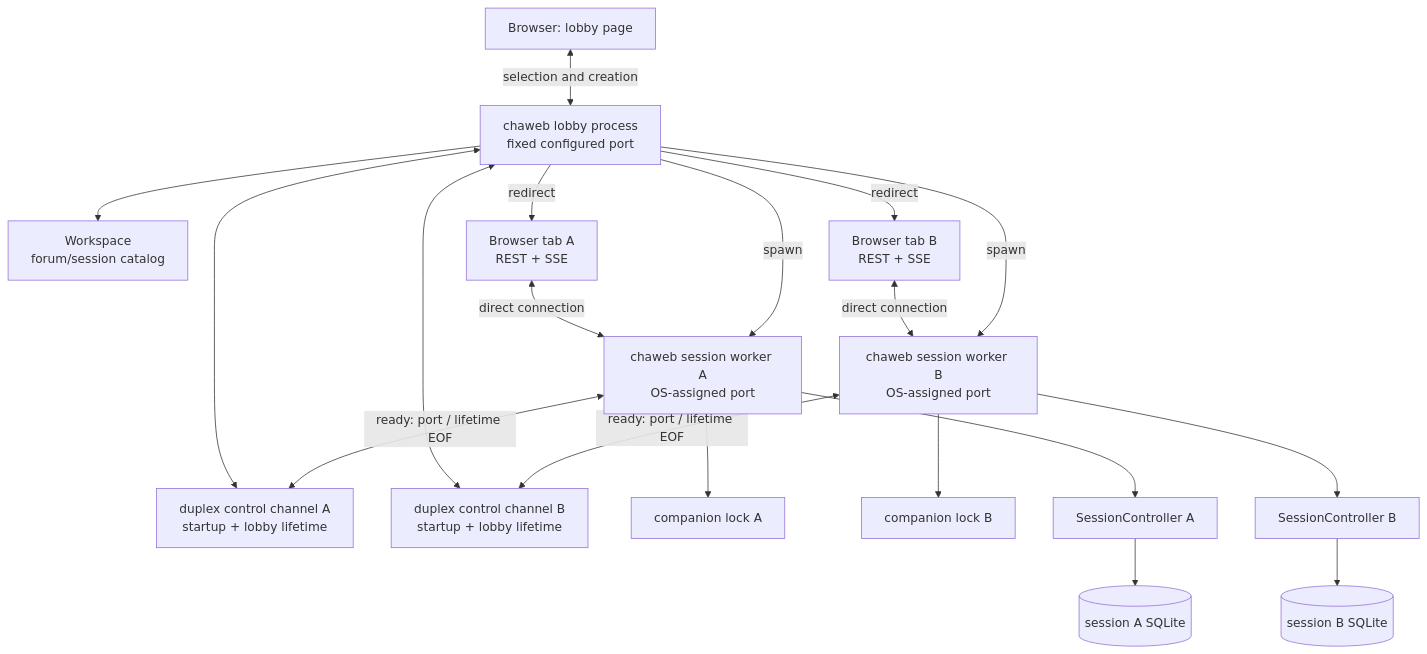
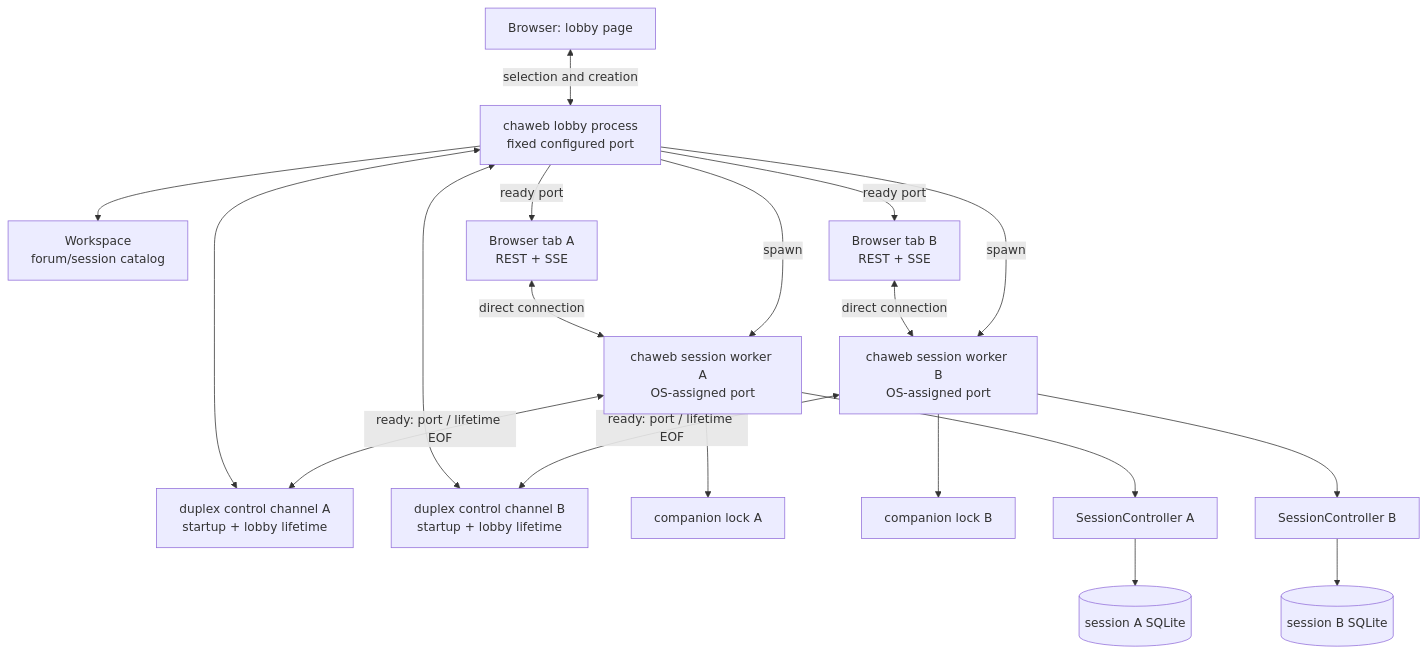
The diagram in docs/web-design.md (michaelpopov/cha), drawn with Mermaid before and after one commit. The commit also changed other lines of this file and 3 other files, not shown here.

````diff
--- a/docs/web-design.md
+++ b/docs/web-design.md
@@ -142,33 +142,33 @@
 ```mermaid
 flowchart TD
     browserLobby["Browser: lobby page"]
     lobby["chaweb lobby process<br/>fixed configured port"]
     workspace["Workspace<br/>forum/session catalog"]
     controlA["duplex control channel A<br/>startup + lobby lifetime"]
     controlB["duplex control channel B<br/>startup + lobby lifetime"]
     workerA["chaweb session worker A<br/>OS-assigned port"]
     workerB["chaweb session worker B<br/>OS-assigned port"]
     lockA["companion lock A"]
     lockB["companion lock B"]
     controllerA["SessionController A"]
     controllerB["SessionController B"]
     dbA[("session A SQLite")]
     dbB[("session B SQLite")]
     browserA["Browser tab A<br/>REST + SSE"]
     browserB["Browser tab B<br/>REST + SSE"]
 
     browserLobby <-->|"selection and creation"| lobby
     lobby --> workspace
     lobby -->|"spawn"| workerA
     lobby -->|"spawn"| workerB
     workerA <-->|"ready: port / lifetime EOF"| controlA <--> lobby
     workerB <-->|"ready: port / lifetime EOF"| controlB <--> lobby
-    lobby -->|"redirect"| browserA
-    lobby -->|"redirect"| browserB
+    lobby -->|"ready port"| browserA
+    lobby -->|"ready port"| browserB
     browserA <-->|"direct connection"| workerA
     browserB <-->|"direct connection"| workerB
     workerA --> lockA
     workerB --> lockB
     workerA --> controllerA --> dbA
     workerB --> controllerB --> dbB
 ```
````
